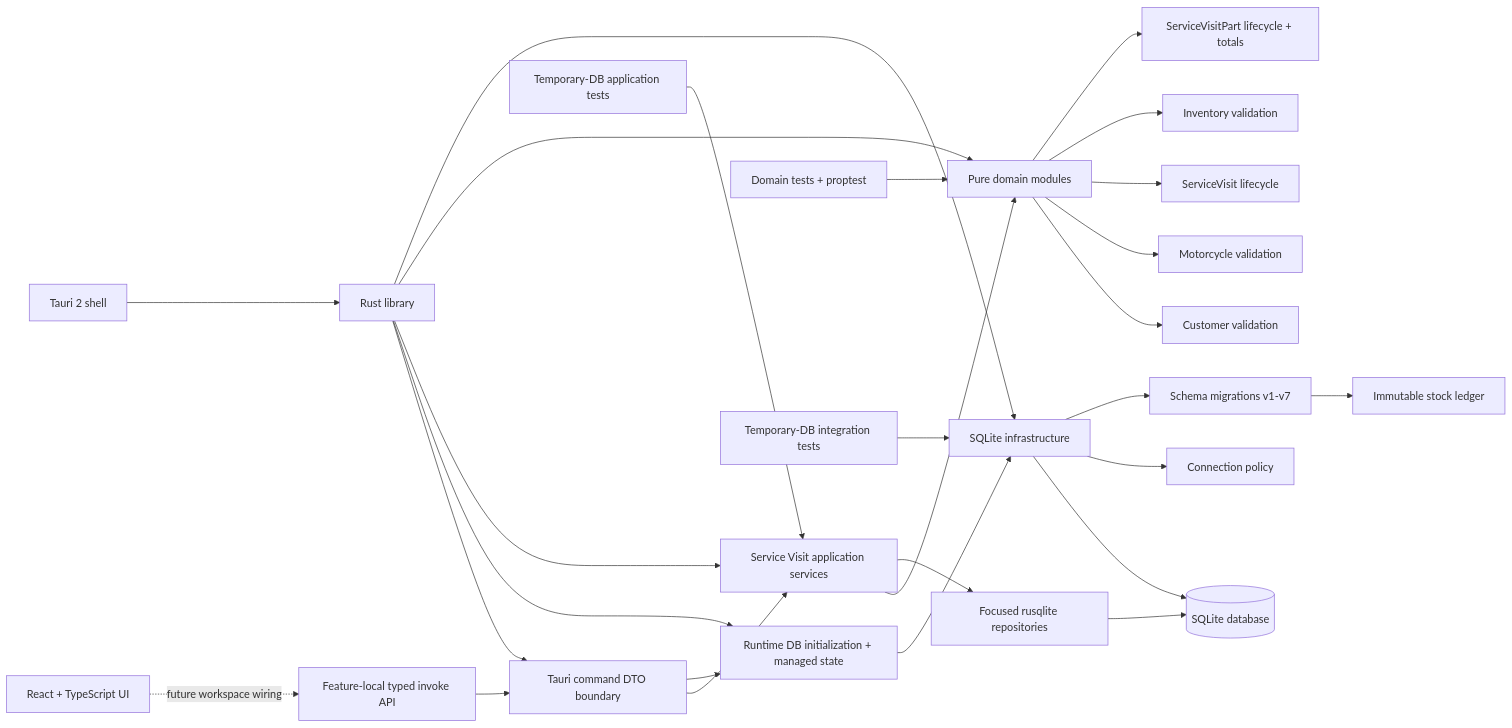
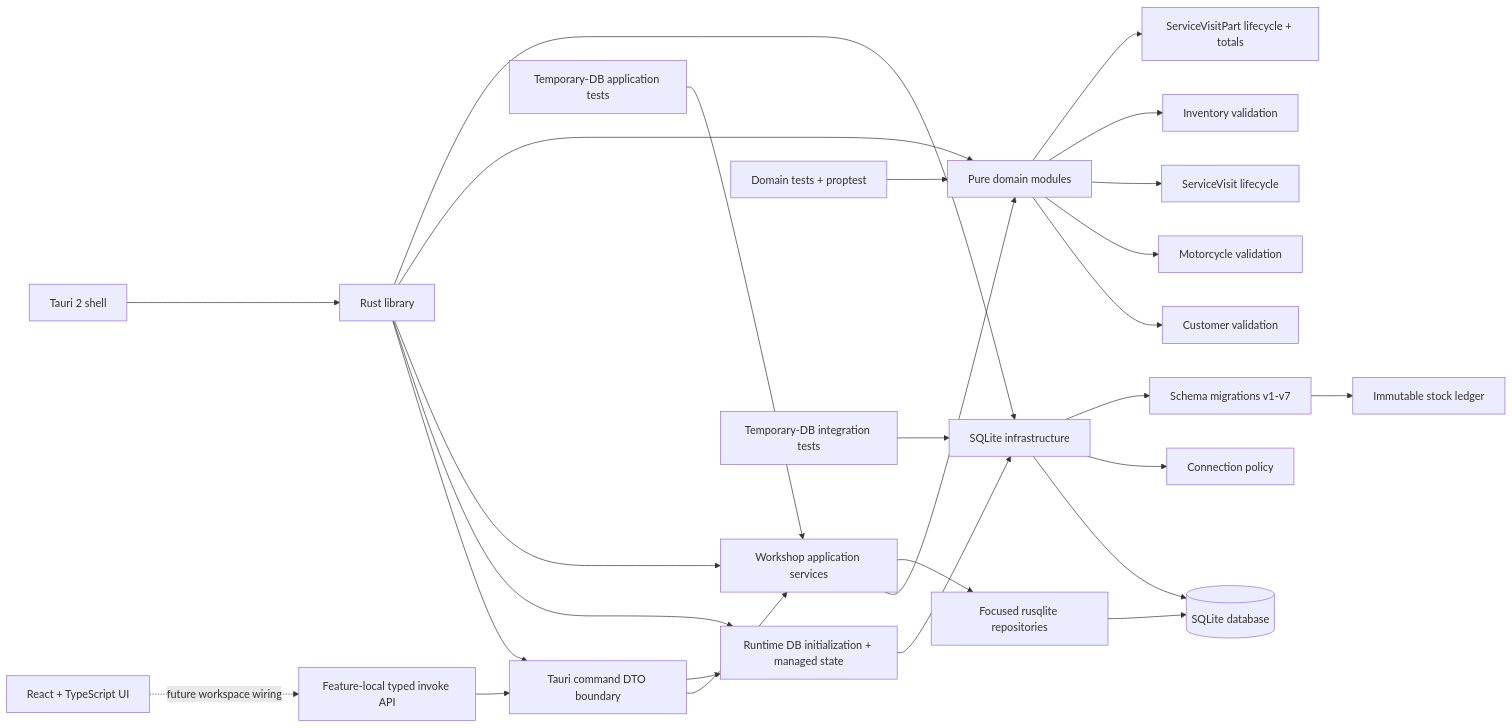
Before and after one commit to abdfarasin/moto-workshop: the diagram in SOFTWARE_ARCHITECTURE.md, drawn with Mermaid. The commit also changed other lines of this file and 18 other files, not shown here.

````diff
--- a/SOFTWARE_ARCHITECTURE.md
+++ b/SOFTWARE_ARCHITECTURE.md
@@ -7,31 +7,31 @@
 ```mermaid
 flowchart LR
     UI[React + TypeScript UI] -.->|future workspace wiring| API[Feature-local typed invoke API]
     API --> COMMANDS[Tauri command DTO boundary]
     SHELL[Tauri 2 shell] --> LIB[Rust library]
     LIB --> COMMANDS
     LIB --> RUNTIME[Runtime DB initialization + managed state]
     COMMANDS --> APP
     COMMANDS --> RUNTIME
     RUNTIME --> DB
-    LIB --> APP[Service Visit application services]
+    LIB --> APP[Workshop application services]
     LIB --> DOMAIN[Pure domain modules]
     LIB --> DB[SQLite infrastructure]
     APP --> DOMAIN
     APP --> REPOS[Focused rusqlite repositories]
     REPOS --> SQLITE
     DB --> SQLITE[(SQLite database)]
 
     DOMAIN --> CUSTOMER[Customer validation]
     DOMAIN --> MOTORCYCLE[Motorcycle validation]
     DOMAIN --> VISIT[ServiceVisit lifecycle]
     DOMAIN --> INVENTORY[Inventory validation]
     DOMAIN --> PARTS[ServiceVisitPart lifecycle + totals]
     DB --> CONNECTION[Connection policy]
     DB --> MIGRATIONS[Schema migrations v1-v7]
     MIGRATIONS --> LEDGER[Immutable stock ledger]
 
     DTESTS[Domain tests + proptest] --> DOMAIN
     DBTESTS[Temporary-DB integration tests] --> DB
     APPTESTS[Temporary-DB application tests] --> APP
 ```
````
